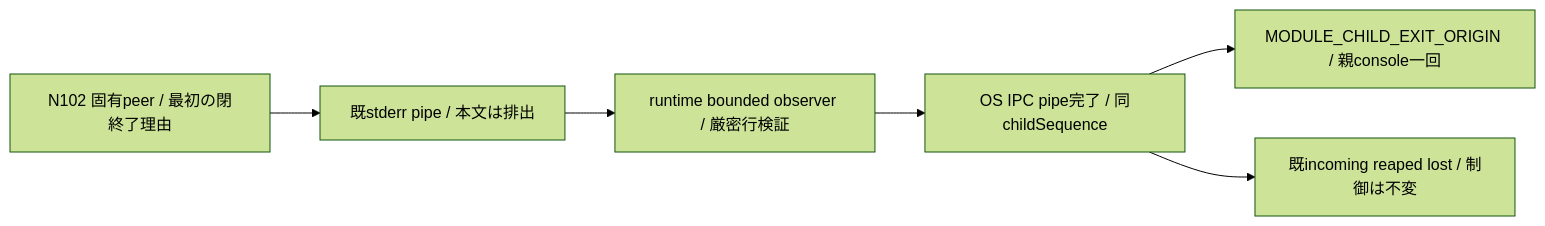
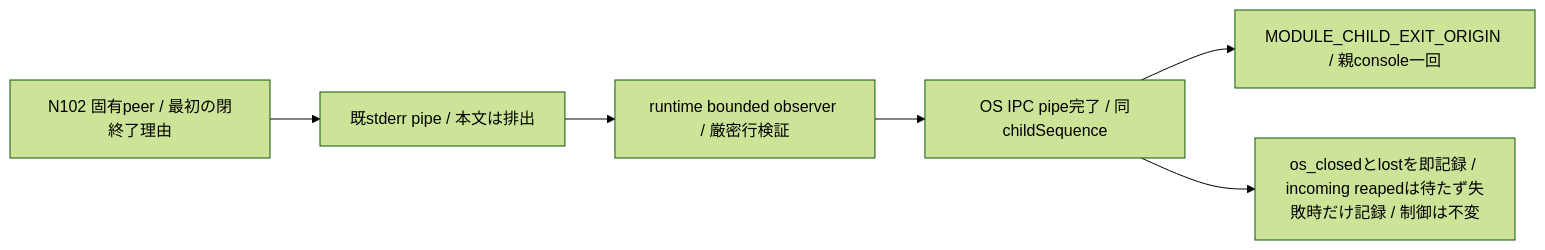
One commit to kitepon/BellTeam changed the tenth of 16 diagrams in docs/architecture/modules/runtime/module-process.md. Above: the diagram before and after it, drawn with Mermaid (forest theme). The commit also changed other lines of this file, not shown here.

Commit message:
a504d: module-process.md section T says which components keep the incoming/reaped/lost waits and that conversation does not
Doc only. Conversation records os_closed and lost at OS death, starts incoming/reaped without waiting and records only their failure (src/module-process.mjs finishTermination; Owner 2026-11-07). The other createModuleProcess components keep the staged waits. The conversation-lifecycle diagram node is fixed the same way.

````diff
--- a/docs/architecture/modules/runtime/module-process.md
+++ b/docs/architecture/modules/runtime/module-process.md
@@ -205,8 +205,8 @@
 ```mermaid
 flowchart LR
   Peer[N102 固有peer / 最初の閉終了理由] --> Stderr[既stderr pipe / 本文は排出]
   Stderr --> Observe[runtime bounded observer / 厳密行検証]
   Observe --> Closed[OS IPC pipe完了 / 同childSequence]
   Closed --> Log[MODULE_CHILD_EXIT_ORIGIN / 親console一回]
-  Closed --> Barrier[既incoming reaped lost / 制御は不変]
+  Closed --> Barrier[os_closedとlostを即記録 / incoming reapedは待たず失敗時だけ記録 / 制御は不変]
 ```
````
